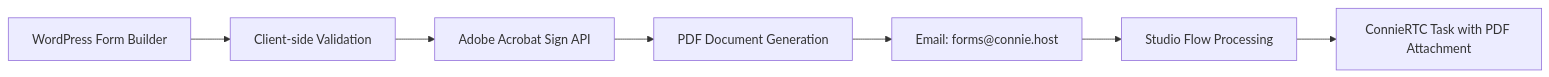
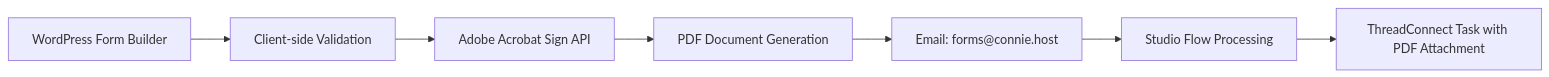
One commit to ConnieML/docs.connie changed the second of 4 diagrams in docs/techops/feature-deployment/feature-management/channels/web/implementation-guide.md. Above: the diagram before and after it, drawn with Mermaid. The commit also changed other lines of this file and 129 other files, not shown here.

First line of the commit message:
Rebrand ConnieRTC -> ThreadConnect across docs (CEO approval 2026-10-30, round 2)

````diff
--- a/docs/techops/feature-deployment/feature-management/channels/web/implementation-guide.md
+++ b/docs/techops/feature-deployment/feature-management/channels/web/implementation-guide.md
@@ -57,9 +57,9 @@
 ```mermaid
 flowchart LR
     A[WordPress Form Builder] --> B[Client-side Validation]
     B --> C[Adobe Acrobat Sign API]
     C --> D[PDF Document Generation]
     D --> E[Email: forms@connie.host]
     E --> F[Studio Flow Processing]
-    F --> G[ConnieRTC Task with PDF Attachment]
+    F --> G[ThreadConnect Task with PDF Attachment]
 ```
````
